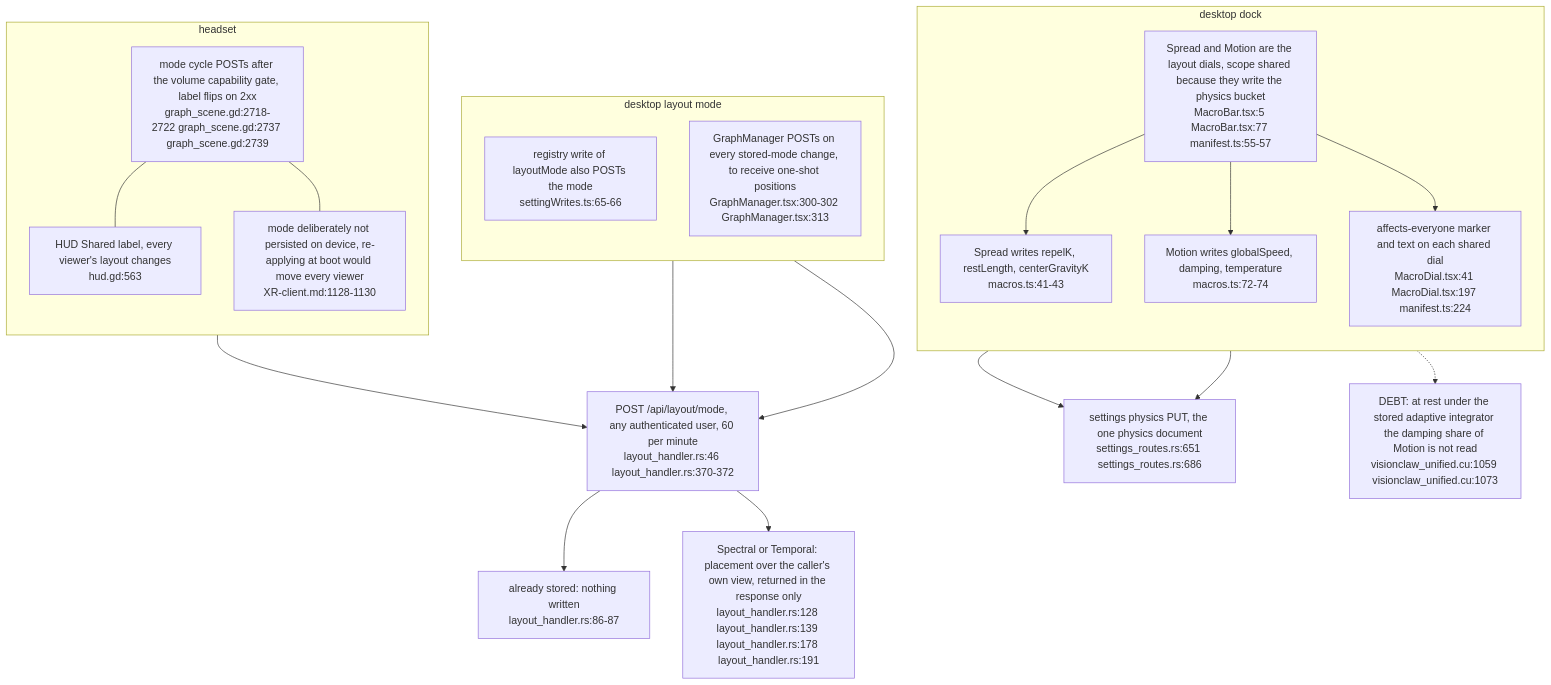
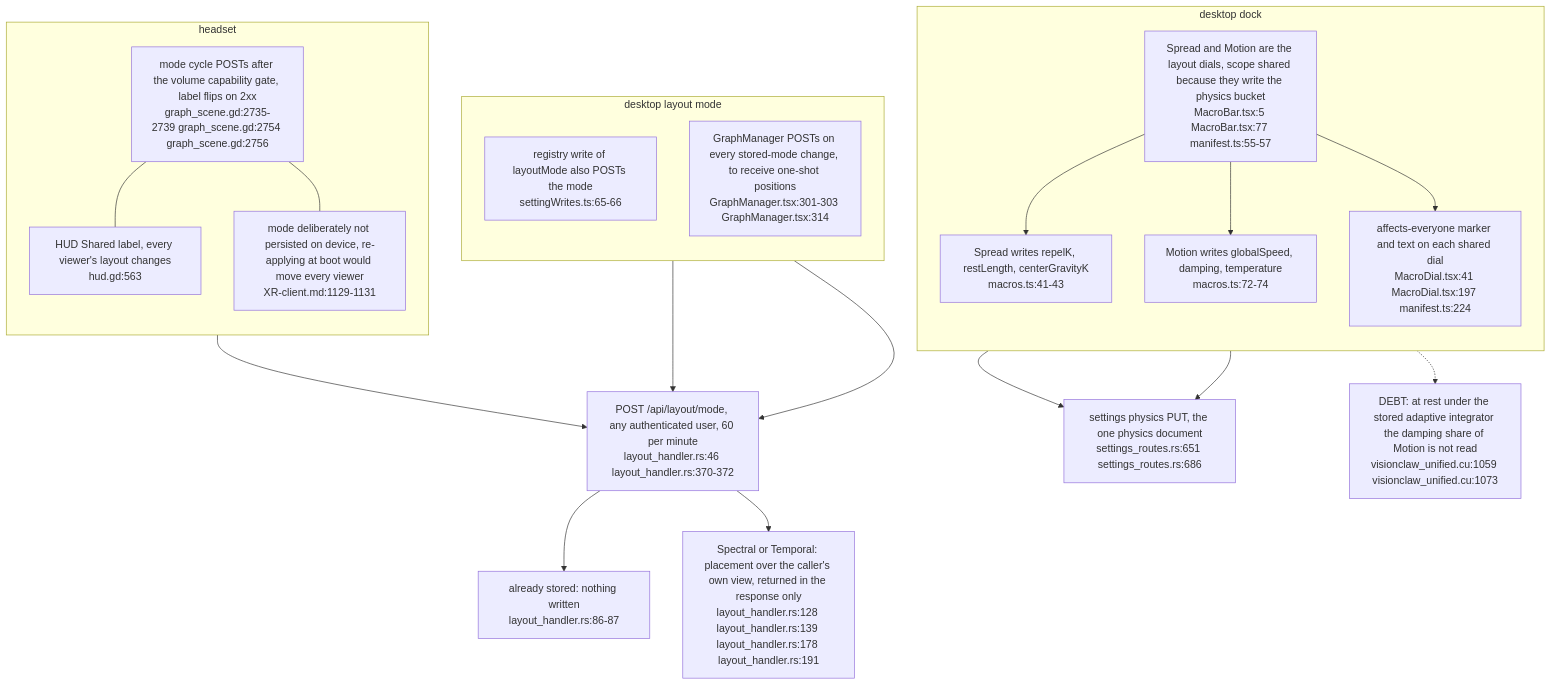
Before and after one commit to DreamLab-AI/VisionFlow: the fifth of 5 diagrams in docs/diagrams/visionclaw/54-layout-mode-step-cadence-and-settle.md, drawn with Mermaid. The commit also changed other lines of this file and 154 other files, not shown here.

First line of the commit message:
docs(diagrams): re-stamp 154 topics whose every citation still reads the same text at the current heads

````diff
--- a/docs/diagrams/visionclaw/54-layout-mode-step-cadence-and-settle.md
+++ b/docs/diagrams/visionclaw/54-layout-mode-step-cadence-and-settle.md
@@ -119,38 +119,38 @@
 ```mermaid
 flowchart TD
     subgraph DESK["desktop dock"]
         direction TB
         DIALS["Spread and Motion are the layout dials, scope shared because they write the physics bucket<br/>MacroBar.tsx:5 MacroBar.tsx:77 manifest.ts:55-57"]
         SPREAD["Spread writes repelK, restLength, centerGravityK<br/>macros.ts:41-43"]
         MOTION["Motion writes globalSpeed, damping, temperature<br/>macros.ts:72-74"]
         BADGE["affects-everyone marker and text on each shared dial<br/>MacroDial.tsx:41 MacroDial.tsx:197 manifest.ts:224"]
         DIALS --> SPREAD
         DIALS --> MOTION
         DIALS --> BADGE
     end
     subgraph MODE["desktop layout mode"]
         direction TB
         SW["registry write of layoutMode also POSTs the mode<br/>settingWrites.ts:65-66"]
-        GM["GraphManager POSTs on every stored-mode change, to receive one-shot positions<br/>GraphManager.tsx:300-302 GraphManager.tsx:313"]
+        GM["GraphManager POSTs on every stored-mode change, to receive one-shot positions<br/>GraphManager.tsx:301-303 GraphManager.tsx:314"]
     end
     subgraph XRH["headset"]
         direction TB
-        CYC["mode cycle POSTs after the volume capability gate, label flips on 2xx<br/>graph_scene.gd:2718-2722 graph_scene.gd:2737 graph_scene.gd:2739"]
+        CYC["mode cycle POSTs after the volume capability gate, label flips on 2xx<br/>graph_scene.gd:2735-2739 graph_scene.gd:2754 graph_scene.gd:2756"]
         LBL["HUD Shared label, every viewer's layout changes<br/>hud.gd:563"]
-        NOP["mode deliberately not persisted on device, re-applying at boot would move every viewer<br/>XR-client.md:1128-1130"]
+        NOP["mode deliberately not persisted on device, re-applying at boot would move every viewer<br/>XR-client.md:1129-1131"]
         CYC --- LBL
         CYC --- NOP
     end
     SRV["POST /api/layout/mode, any authenticated user, 60 per minute<br/>layout_handler.rs:46 layout_handler.rs:370-372"]
     SAMEQ["already stored: nothing written<br/>layout_handler.rs:86-87"]
     ONE["Spectral or Temporal: placement over the caller's own view, returned in the response only<br/>layout_handler.rs:128 layout_handler.rs:139 layout_handler.rs:178 layout_handler.rs:191"]
     PHYS["settings physics PUT, the one physics document<br/>settings_routes.rs:651 settings_routes.rs:686"]
     SPREAD --> PHYS
     MOTION --> PHYS
     SW --> SRV
     GM --> SRV
     CYC --> SRV
     SRV --> SAMEQ
     SRV --> ONE
     MOTION -.-> INERT["DEBT: at rest under the stored adaptive integrator the damping share of Motion is not read<br/>visionclaw_unified.cu:1059 visionclaw_unified.cu:1073"]
 ```
````
